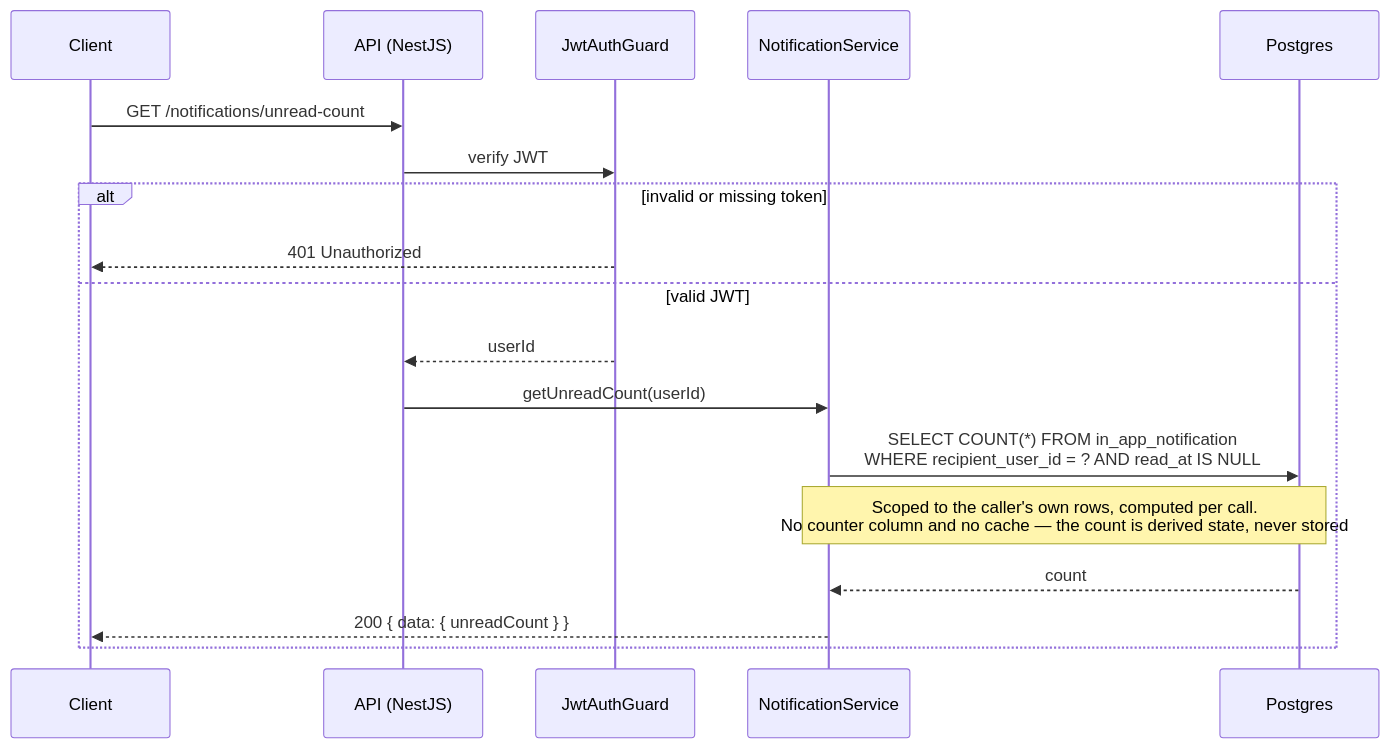
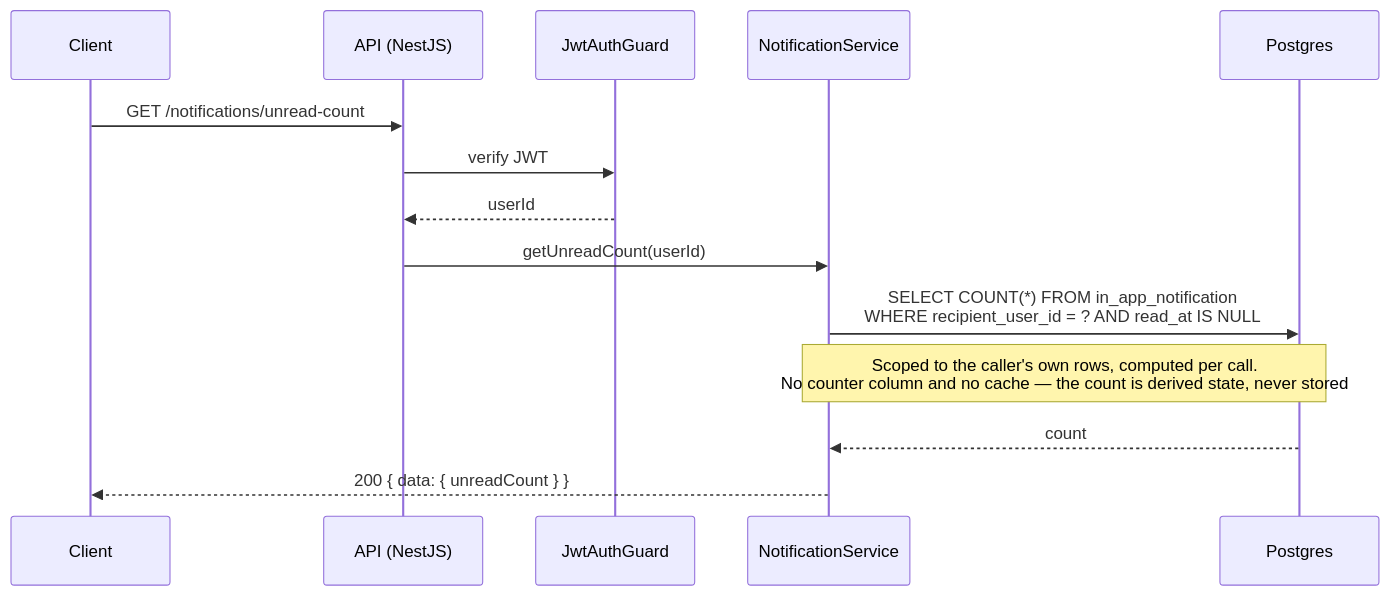
Before and after one commit to alisa-uthi/aliceut-ecom-document: the second of 5 diagrams in phase-1/technical-design/api-design/notifications.md, drawn with Mermaid. The commit also changed other lines of this file and 53 other files, not shown here.

````diff
--- a/phase-1/technical-design/api-design/notifications.md
+++ b/phase-1/technical-design/api-design/notifications.md
@@ -120,21 +120,17 @@
 ```mermaid
 sequenceDiagram
     participant C as Client
     participant API as API (NestJS)
     participant JG as JwtAuthGuard
     participant S as NotificationService
     participant PG as Postgres
 
     C->>API: GET /notifications/unread-count
     API->>JG: verify JWT
-    alt invalid or missing token
-        JG-->>C: 401 Unauthorized
-    else valid JWT
-        JG-->>API: userId
-        API->>S: getUnreadCount(userId)
-        S->>PG: SELECT COUNT(*) FROM in_app_notification<br/>WHERE recipient_user_id = ? AND read_at IS NULL
-        Note over S,PG: Scoped to the caller's own rows, computed per call.<br/>No counter column and no cache — the count is derived state, never stored
-        PG-->>S: count
-        S-->>C: 200 { data: { unreadCount } }
-    end
+    JG-->>API: userId
+    API->>S: getUnreadCount(userId)
+    S->>PG: SELECT COUNT(*) FROM in_app_notification<br/>WHERE recipient_user_id = ? AND read_at IS NULL
+    Note over S,PG: Scoped to the caller's own rows, computed per call.<br/>No counter column and no cache — the count is derived state, never stored
+    PG-->>S: count
+    S-->>C: 200 { data: { unreadCount } }
 ```
````
